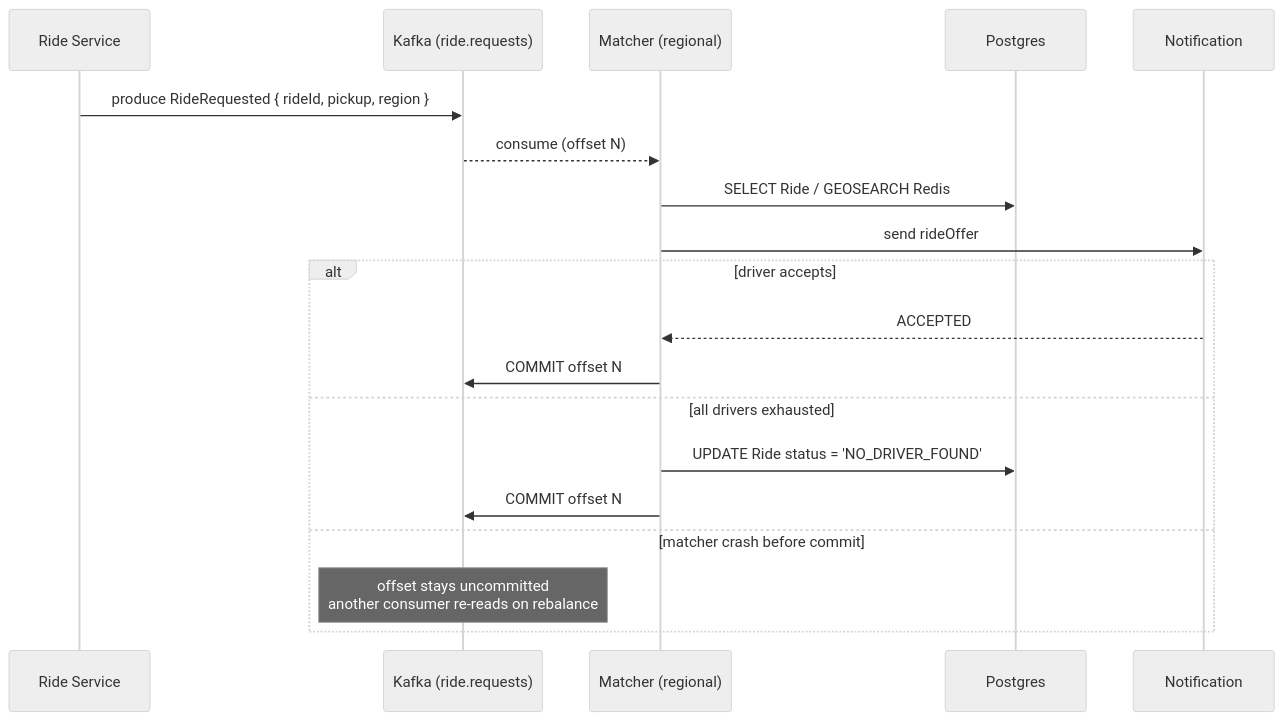
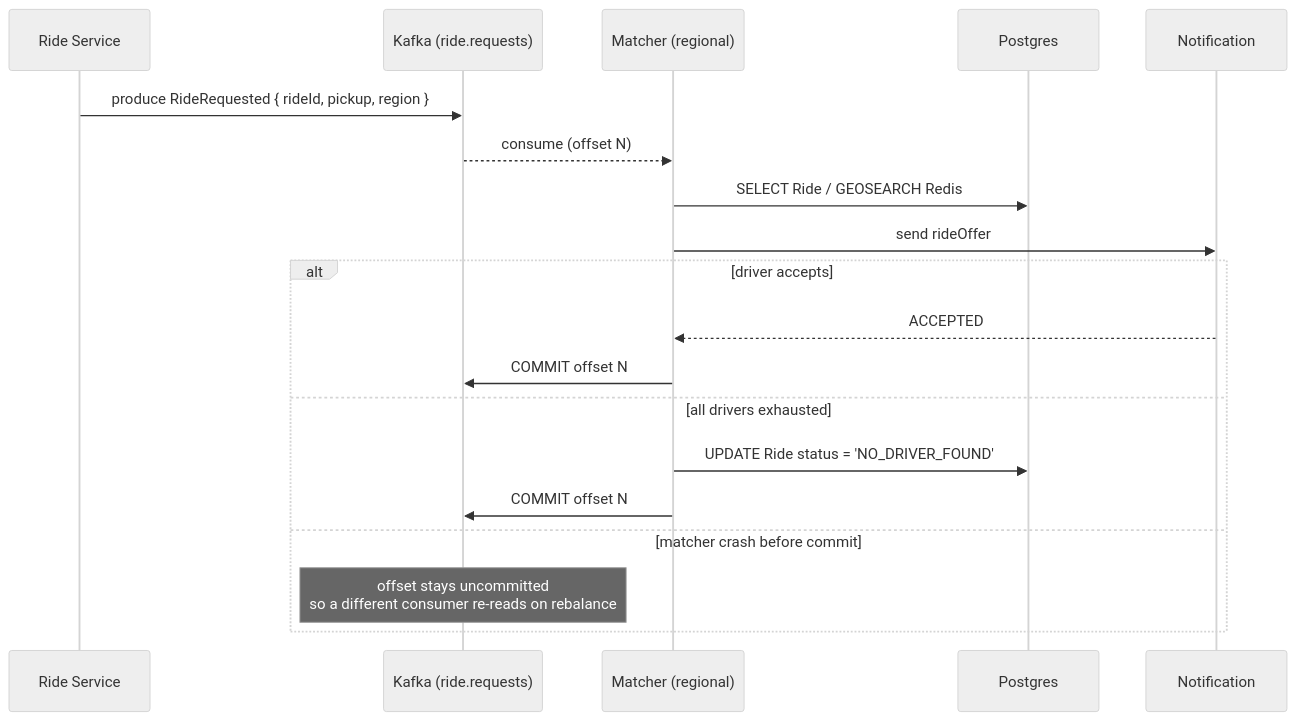
Diagram 14 of 18 in hld/uber.md (vipi-n/swe-101), drawn with Mermaid before and after one commit. The commit also changed other lines of this file, not shown here.

````diff
--- a/hld/uber.md
+++ b/hld/uber.md
@@ -845,23 +845,23 @@
 ```mermaid
 %%{init: {'theme': 'neutral', 'themeVariables': {'fontSize': '18px'}}}%%
 sequenceDiagram
     participant RS as Ride Service
     participant K as Kafka (ride.requests)
     participant M as Matcher (regional)
     participant DB as Postgres
     participant N as Notification
 
     RS->>K: produce RideRequested { rideId, pickup, region }
     K-->>M: consume (offset N)
     M->>DB: SELECT Ride / GEOSEARCH Redis
     M->>N: send rideOffer
     alt driver accepts
         N-->>M: ACCEPTED
         M->>K: COMMIT offset N
     else all drivers exhausted
         M->>DB: UPDATE Ride status = 'NO_DRIVER_FOUND'
         M->>K: COMMIT offset N
     else matcher crash before commit
-        Note over K: offset stays uncommitted<br/>another consumer re-reads on rebalance
+        Note over K: offset stays uncommitted<br/>so a different consumer re-reads on rebalance
     end
 ```
````
